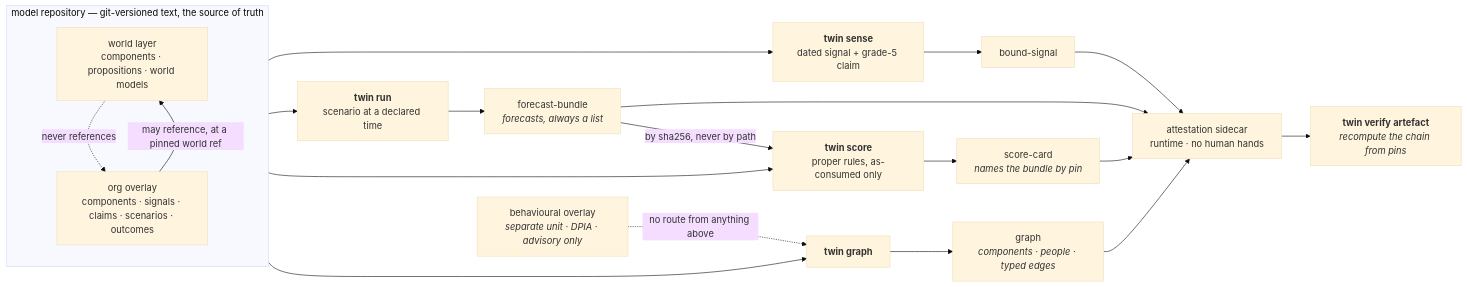
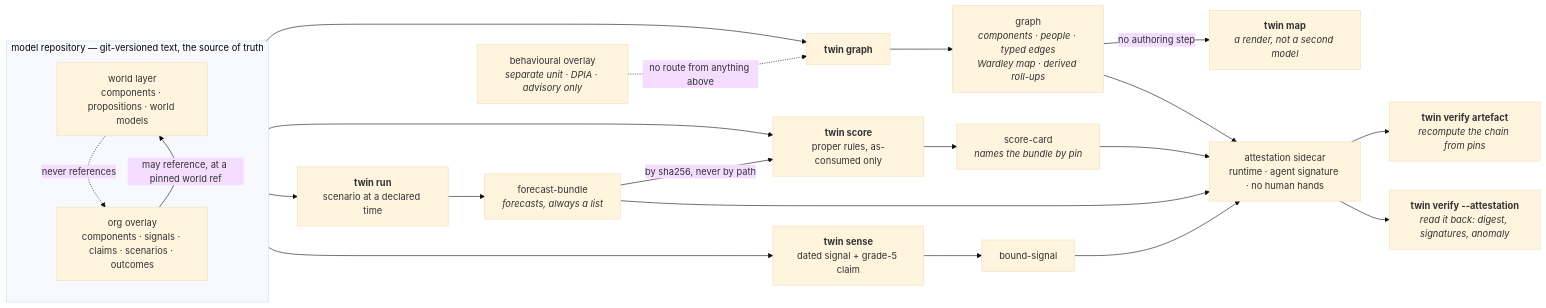
The diagram in twin/README.md (policy-as-versioned-flux/policy-as-versioned-flux), drawn with Mermaid (base theme) before and after one commit. The commit also changed other lines of this file and 34 other files, not shown here.

First line of the commit message:
Build tickets 11, 13, 14, 15 and 17: signing, roll-ups, the spine, the pocket org

````diff
--- a/twin/README.md
+++ b/twin/README.md
@@ -35,23 +39,25 @@
 ```mermaid
 flowchart LR
   subgraph repo["model repository — git-versioned text, the source of truth"]
     W["world layer<br/>components · propositions · world models"]
     O["org overlay<br/>components · signals · claims · scenarios · outcomes"]
     O -- "may reference, at a pinned world ref" --> W
     W -. "never references" .-> O
   end
 
   B["behavioural overlay<br/><i>separate unit · DPIA · advisory only</i>"]
 
   S["<b>twin sense</b><br/>dated signal + grade-5 claim"] --> BS["bound-signal"]
   R["<b>twin run</b><br/>scenario at a declared time"] --> FB["forecast-bundle<br/><i>forecasts, always a list</i>"]
   C["<b>twin score</b><br/>proper rules, as-consumed only"] --> SC["score-card<br/><i>names the bundle by pin</i>"]
-  G["<b>twin graph</b>"] --> GR["graph<br/><i>components · people · typed edges</i>"]
+  G["<b>twin graph</b>"] --> GR["graph<br/><i>components · people · typed edges<br/>Wardley map · derived roll-ups</i>"]
 
   repo --> S & R & C & G
   FB -- "by sha256, never by path" --> C
   B -. "no route from anything above" .-> G
+  GR -- "no authoring step" --> M["<b>twin map</b><br/><i>a render, not a second model</i>"]
 
-  BS & FB & SC & GR --> A["attestation sidecar<br/>runtime · no human hands"]
+  BS & FB & SC & GR --> A["attestation sidecar<br/>runtime · agent signature · no human hands"]
   A --> V["<b>twin verify artefact</b><br/><i>recompute the chain from pins</i>"]
+  A --> AT["<b>twin verify --attestation</b><br/><i>read it back: digest, signatures, anomaly</i>"]
 ```
````
